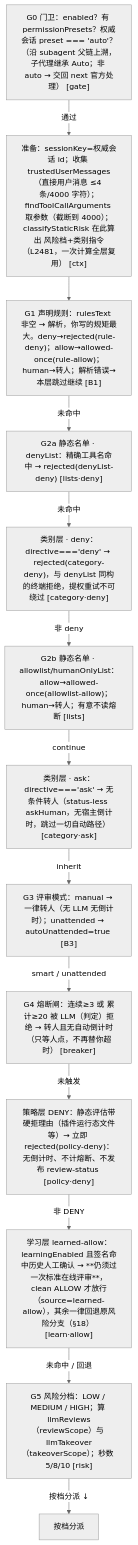
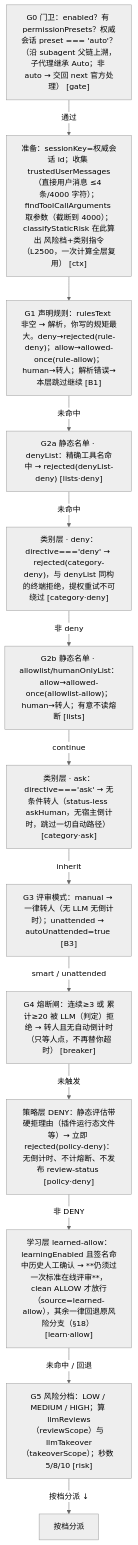
The diagram in docs/04-adjudicator-pipeline.md (cuddly-guacamole/dsh-auto-approval-llm), drawn with Mermaid (neutral theme) before and after one commit. The commit also changed other lines of this file and 12 other files, not shown here.

````diff
--- a/docs/04-adjudicator-pipeline.md
+++ b/docs/04-adjudicator-pipeline.md
@@ -7,15 +7,15 @@
 ```mermaid
 flowchart TD
-    A1["G0 门卫：enabled？有 permissionPresets？权威会话 preset === 'auto'？（沿 subagent 父链上溯，子代理继承 Auto；非 auto → 交回 next 官方处理） [gate]"] -->|通过| A2["准备：sessionKey=权威会话 id；收集 trustedUserMessages（直接用户消息 ≤4 条/4000 字符）；findToolCallArguments 取参数（截断到 4000）；classifyStaticRisk 在此算出 风险档+类别指令（L2481，一次计算全层复用） [ctx]"]
+    A1["G0 门卫：enabled？有 permissionPresets？权威会话 preset === 'auto'？（沿 subagent 父链上溯，子代理继承 Auto；非 auto → 交回 next 官方处理） [gate]"] -->|通过| A2["准备：sessionKey=权威会话 id；收集 trustedUserMessages（直接用户消息 ≤4 条/4000 字符）；findToolCallArguments 取参数（截断到 4000）；classifyStaticRisk 在此算出 风险档+类别指令（L2500，一次计算全层复用） [ctx]"]
     A2 --> A3["G1 声明规则：rulesText 非空 → 解析，你写的规矩最大。deny→rejected(rule-deny)；allow→allowed-once(rule-allow)；human→转人；解析错误→本层跳过继续 [B1]"]
     A3 -->|未命中| A4["G2a 静态名单 · denyList：精确工具名命中 → rejected(denyList-deny) [lists·deny]"]
     A4 -->|未命中| A5["类别层 · deny：directive==='deny' → rejected(category-deny)，与 denyList 同构的终端拒绝，提权重试不可绕过 [category·deny]"]
     A5 -->|非 deny| A6["G2b 静态名单 · allowlist/humanOnlyList：allow→allowed-once(allowlist-allow)；human→转人；有意不读熔断 [lists]"]
     A6 -->|continue| A7["类别层 · ask：directive==='ask' → 无条件转人（status-less askHuman，无宿主倒计时，跳过一切自动路径） [category·ask]"]
     A7 -->|inherit| A8["G3 评审模式：manual → 一律转人（无 LLM 无倒计时）；unattended → autoUnattended=true [B3]"]
     A8 -->|smart / unattended| A9["G4 熔断闸：连续≥3 或 累计≥20 被 LLM（判定）拒绝 → 转人且无自动倒计时（只等人点，不再替你超时） [breaker]"]
     A9 -->|未触发| A10["策略层 DENY：静态评估带硬拒理由（插件运行态文件等）→ 立即 rejected(policy-deny)：无倒计时、不计熔断、不发布 review-status [policy·deny]"]
     A10 -->|非 DENY| A11["学习层 learned-allow：learningEnabled 且签名命中历史人工确认 → **仍须过一次标准在线评审**，clean ALLOW 才放行（source=learned-allow），其余一律回退原风险分支（§18） [learn·allow]"]
     A11 -->|未命中 / 回退| A12["G5 风险分档：LOW / MEDIUM / HIGH；算 llmReviews（reviewScope）与 llmTakeover（takeoverScope）；秒数 5/8/10 [risk]"]
     A12 -->|按档分派 ↓| A13["按档分派"]
 ```
````
